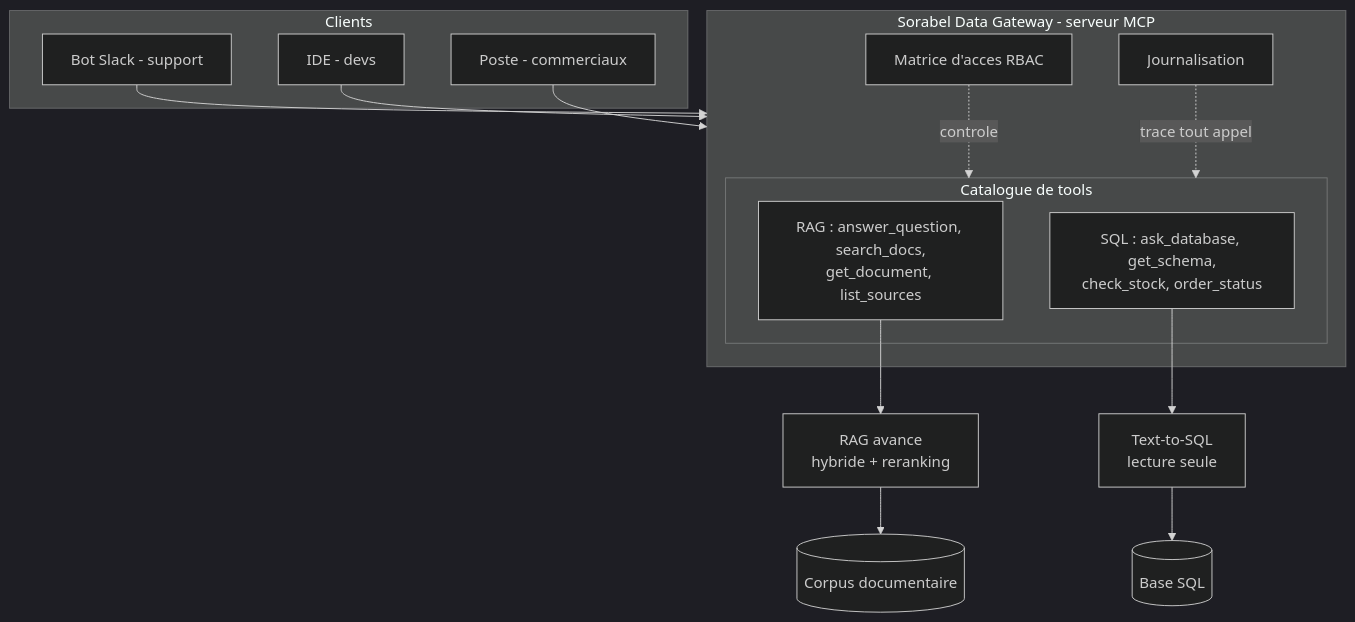
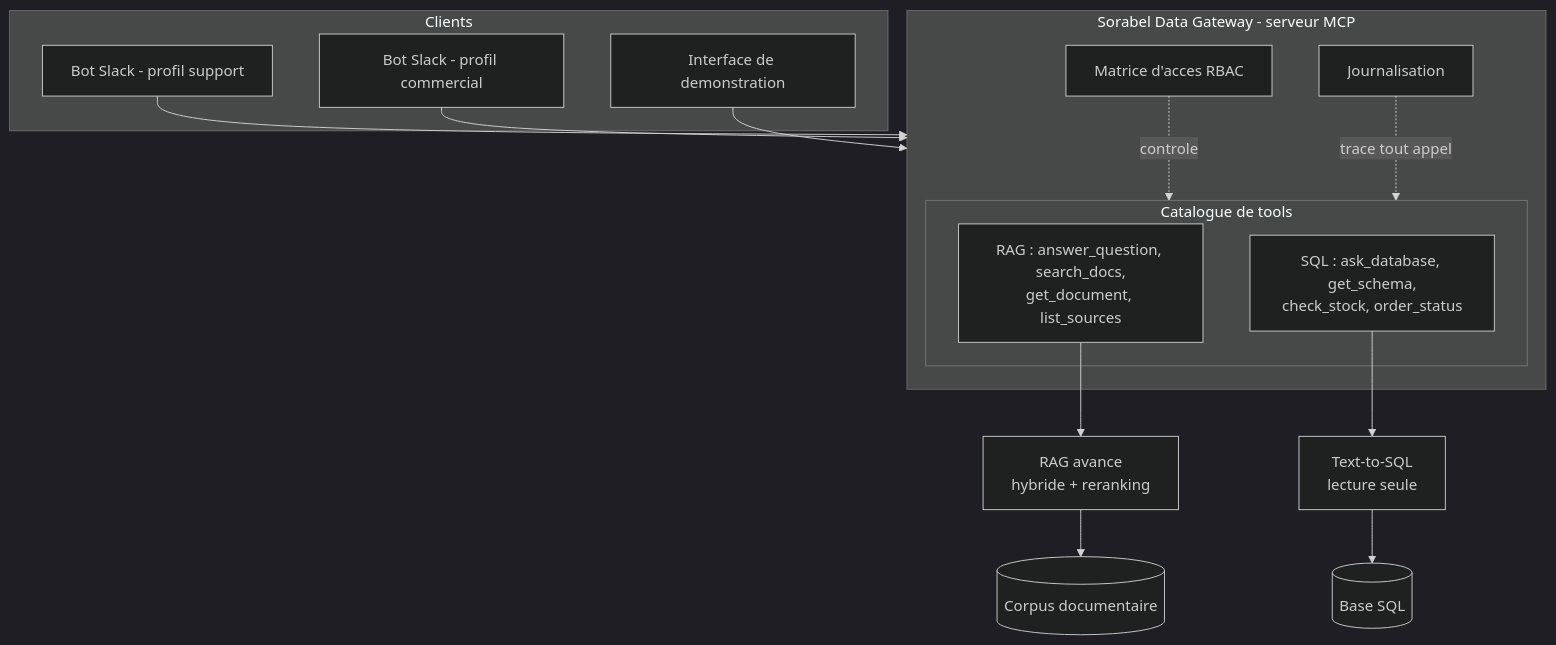
The diagram in README.md (Bealph/sorabel-gateway), drawn with Mermaid (dark theme) before and after one commit. The commit also changed other lines of this file and 7 other files, not shown here.

````diff
--- a/README.md
+++ b/README.md
@@ -58,30 +65,30 @@
 ```mermaid
 flowchart TD
     subgraph Clients
-        A1[Bot Slack - support]
-        A2[IDE - devs]
-        A3[Poste - commerciaux]
+        A1[Bot Slack - profil support]
+        A2[Bot Slack - profil commercial]
+        A3[Interface de demonstration]
     end
 
     A1 --> G
     A2 --> G
     A3 --> G
 
     subgraph G[Sorabel Data Gateway - serveur MCP]
         RBAC[Matrice d'acces RBAC]
         LOG[Journalisation]
         subgraph Tools[Catalogue de tools]
             T1[RAG : answer_question, search_docs,<br/>get_document, list_sources]
             T2[SQL : ask_database, get_schema,<br/>check_stock, order_status]
         end
     end
 
     RBAC -.controle.-> Tools
     LOG  -.trace tout appel.-> Tools
 
     T1 --> RAG[RAG avance<br/>hybride + reranking]
     T2 --> SQL[Text-to-SQL<br/>lecture seule]
 
     RAG --> C[(Corpus documentaire)]
     SQL --> D[(Base SQL)]
 ```
````
